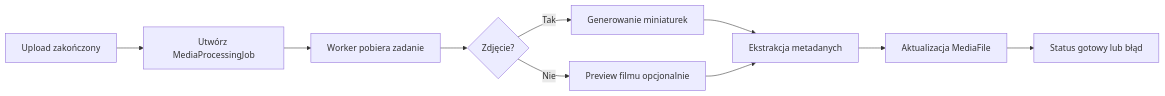
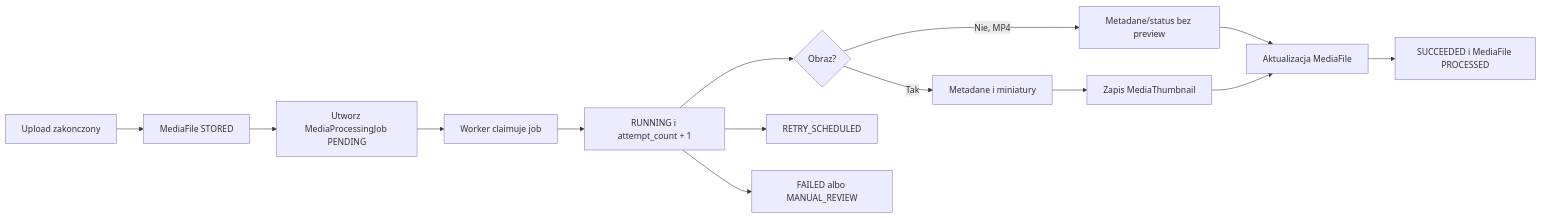
One commit to dom-lud/WeedingGalery changed the diagram in docs/backend/MEDIA_PROCESSING.md. Above: the diagram before and after it, drawn with Mermaid. The commit also changed other lines of this file and 75 other files, not shown here.

````diff
--- a/docs/backend/MEDIA_PROCESSING.md
+++ b/docs/backend/MEDIA_PROCESSING.md
@@ -26,12 +34,16 @@
 ```mermaid
 flowchart LR
-    Upload[Upload zakończony] --> Job[Utwórz MediaProcessingJob]
-    Job --> Worker[Worker pobiera zadanie]
-    Worker --> Image{Zdjęcie?}
-    Image -->|Tak| Thumb[Generowanie miniaturek]
-    Image -->|Nie| Video[Preview filmu opcjonalnie]
-    Thumb --> Meta[Ekstrakcja metadanych]
-    Video --> Meta
-    Meta --> Update[Aktualizacja MediaFile]
-    Update --> Done[Status gotowy lub błąd]
+    Upload[Upload zakonczony] --> Stored[MediaFile STORED]
+    Stored --> Job[Utworz MediaProcessingJob PENDING]
+    Job --> Worker[Worker claimuje job]
+    Worker --> Running[RUNNING i attempt_count + 1]
+    Running --> Image{Obraz?}
+    Image -->|Tak| Thumb[Metadane i miniatury]
+    Image -->|Nie, MP4| VideoMeta[Metadane/status bez preview]
+    Thumb --> Save[Zapis MediaThumbnail]
+    VideoMeta --> Update[Aktualizacja MediaFile]
+    Save --> Update
+    Update --> Success[SUCCEEDED i MediaFile PROCESSED]
+    Running --> Retry[RETRY_SCHEDULED]
+    Running --> Failed[FAILED albo MANUAL_REVIEW]
 ```
````
